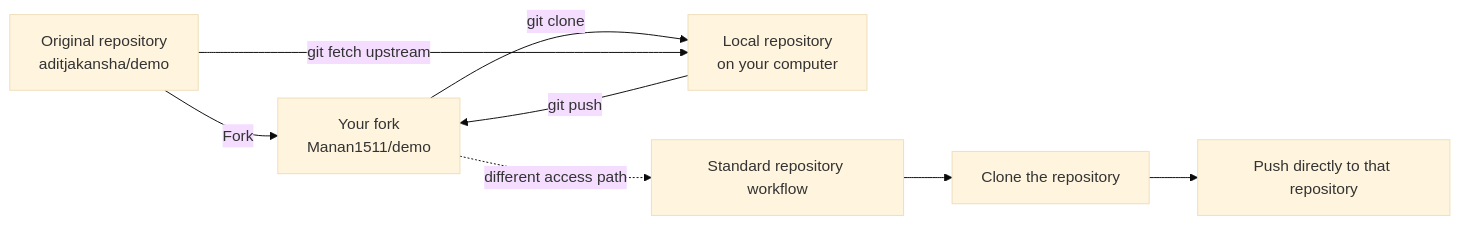
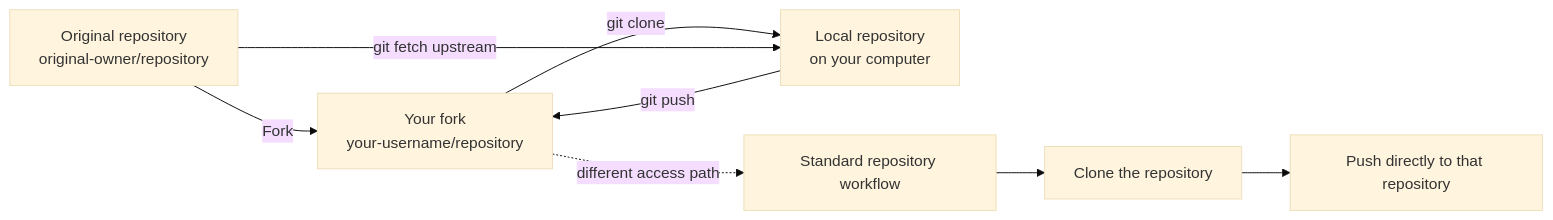
One commit to aditiakansha/speaker_flow changed the diagram in section3.md. Above: the diagram before and after it, drawn with Mermaid (base theme). The commit also changed other lines of this file, not shown here.

````diff
--- a/section3.md
+++ b/section3.md
@@ -16,10 +16,10 @@
 ```mermaid
 flowchart LR
-    U[Original repository\n aditjakansha/demo] -->|Fork| F[Your fork\n Manan1511/demo]
+    U[Original repository\n original-owner/repository] -->|Fork| F[Your fork\n your-username/repository]
     F -->|git clone| L[Local repository\n on your computer]
     L -->|git push| F
     U -->|git fetch upstream| L
 
     S[Standard repository workflow] --> R[Clone the repository] --> D[Push directly to that repository]
     F -. different access path .-> S
 ```
````
